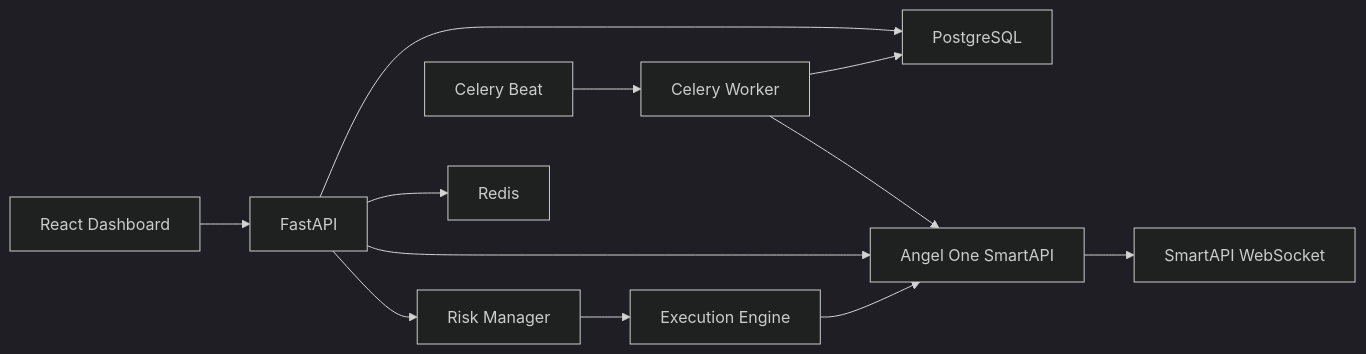
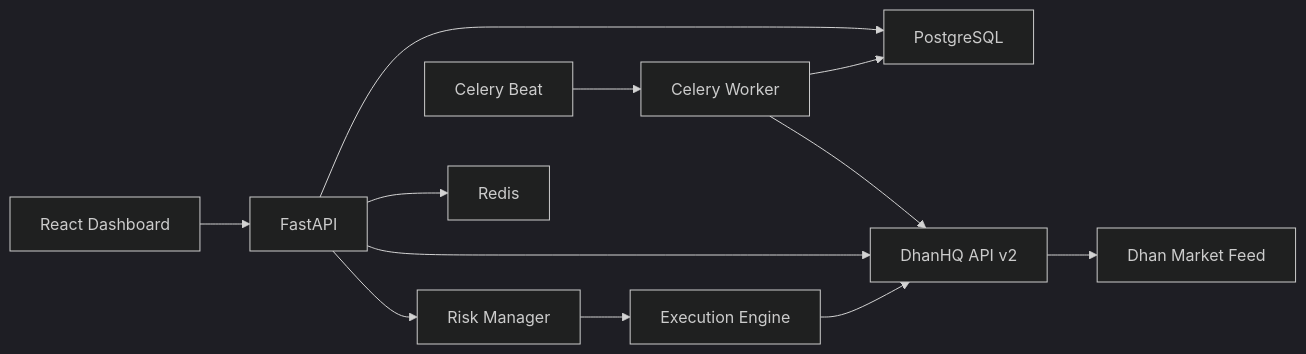
One commit to PankajKulthe/DhanHQ changed the diagram in docs/ARCHITECTURE.md. Above: the diagram before and after it, drawn with Mermaid (dark theme). The commit also changed other lines of this file and 29 other files, not shown here.

````diff
--- a/docs/ARCHITECTURE.md
+++ b/docs/ARCHITECTURE.md
@@ -3,14 +3,14 @@
 ```mermaid
 flowchart LR
   UI["React Dashboard"] --> API["FastAPI"]
   API --> DB["PostgreSQL"]
   API --> Redis["Redis"]
-  API --> Broker["Angel One SmartAPI"]
+  API --> Broker["DhanHQ API v2"]
   Beat["Celery Beat"] --> Worker["Celery Worker"]
   Worker --> DB
   Worker --> Broker
-  Broker --> WS["SmartAPI WebSocket"]
+  Broker --> WS["Dhan Market Feed"]
   API --> Risk["Risk Manager"]
   Risk --> Exec["Execution Engine"]
   Exec --> Broker
 ```
````
